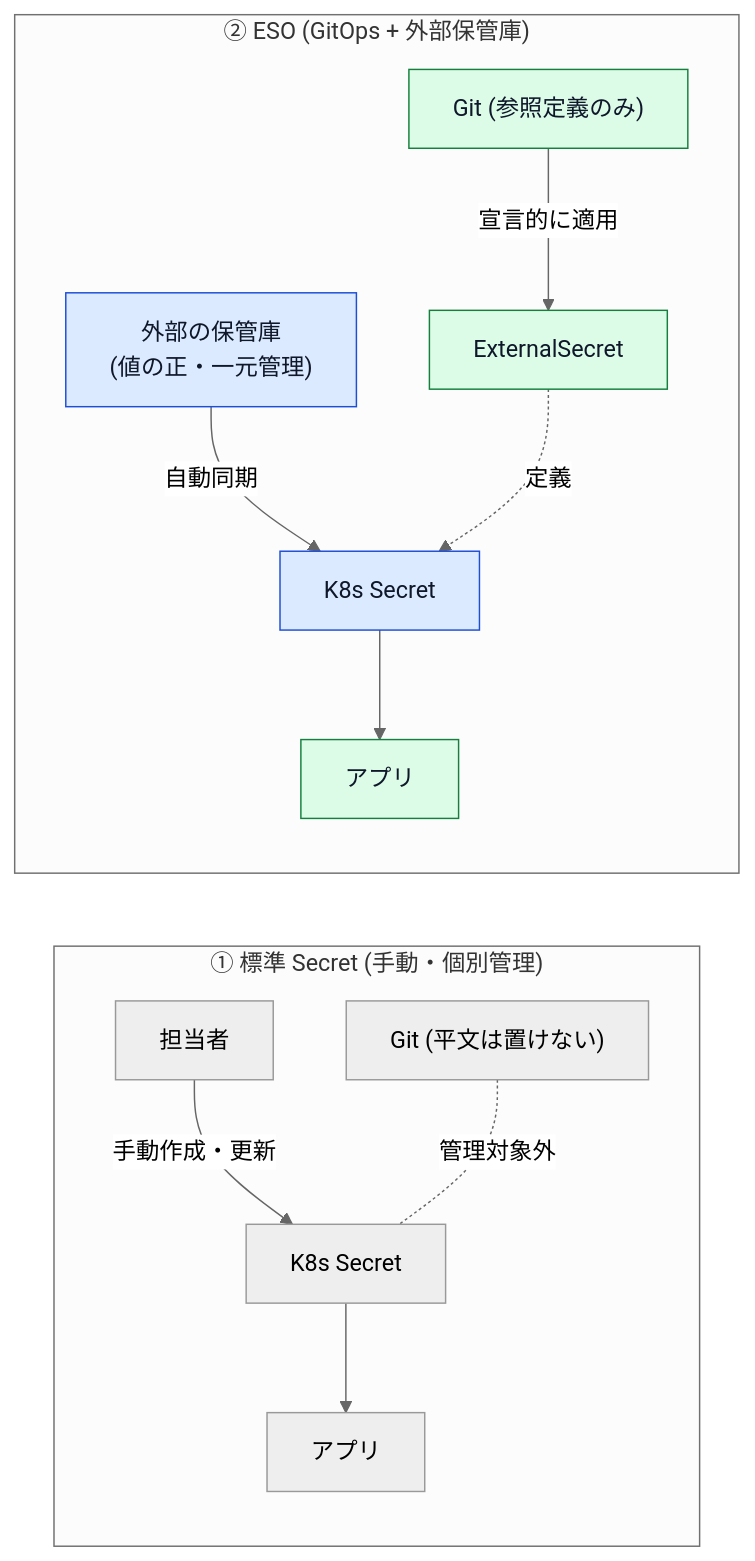
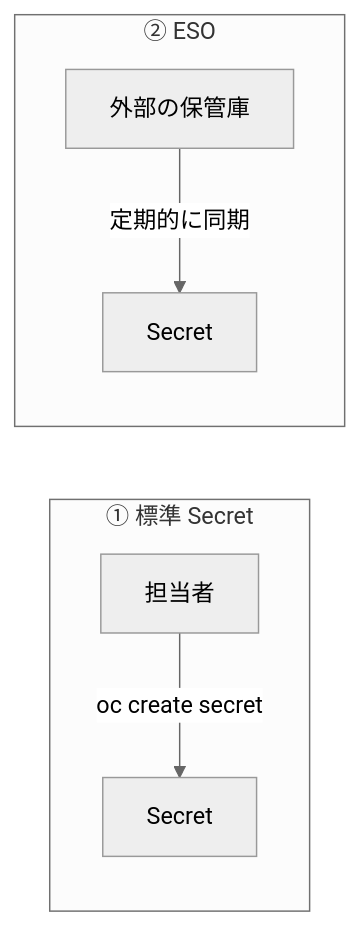
Before and after one commit to akudo-rh/eso-secret-management: the second of 12 diagrams in README.md, drawn with Mermaid (neutral theme).

Commit message:
Revise flowchart for Secret management
Updated flowchart for standard Secret and ESO in README.

````diff
--- a/README.md
+++ b/README.md
@@ -53,22 +53,9 @@
 ```mermaid
 flowchart LR
-  subgraph M1["① 標準 Secret (手動・個別管理)"]
-    direction TB
-    U1["担当者"] -- "手動作成・更新" --> S1["K8s Secret"]
-    G1["Git (平文は置けない)"] -. "管理対象外" .- S1
-    S1 --> A1["アプリ"]
+  subgraph M1["① 標準 Secret"]
+    P1["担当者"] -- "oc create secret" --> S1["Secret"]
   end
-
-  subgraph M2["② ESO (GitOps + 外部保管庫)"]
-    direction TB
-    G2["Git (参照定義のみ)"] -- "宣言的に適用" --> ES2["ExternalSecret"]
-    V2["外部の保管庫<br/>(値の正・一元管理)"] -- "自動同期" --> S2["K8s Secret"]
-    ES2 -. "定義" .-> S2
-    S2 --> A2["アプリ"]
+  subgraph M3["② ESO"]
+    V3["外部の保管庫"] -- "定期的に同期" --> S3["Secret"]
   end
-
-  classDef pf fill:#dbeafe,stroke:#1d4ed8,color:#0f172a
-  classDef app fill:#dcfce7,stroke:#15803d,color:#0f172a
-  class V2,S2 pf
-  class G2,ES2,A2 app
 ```
````
